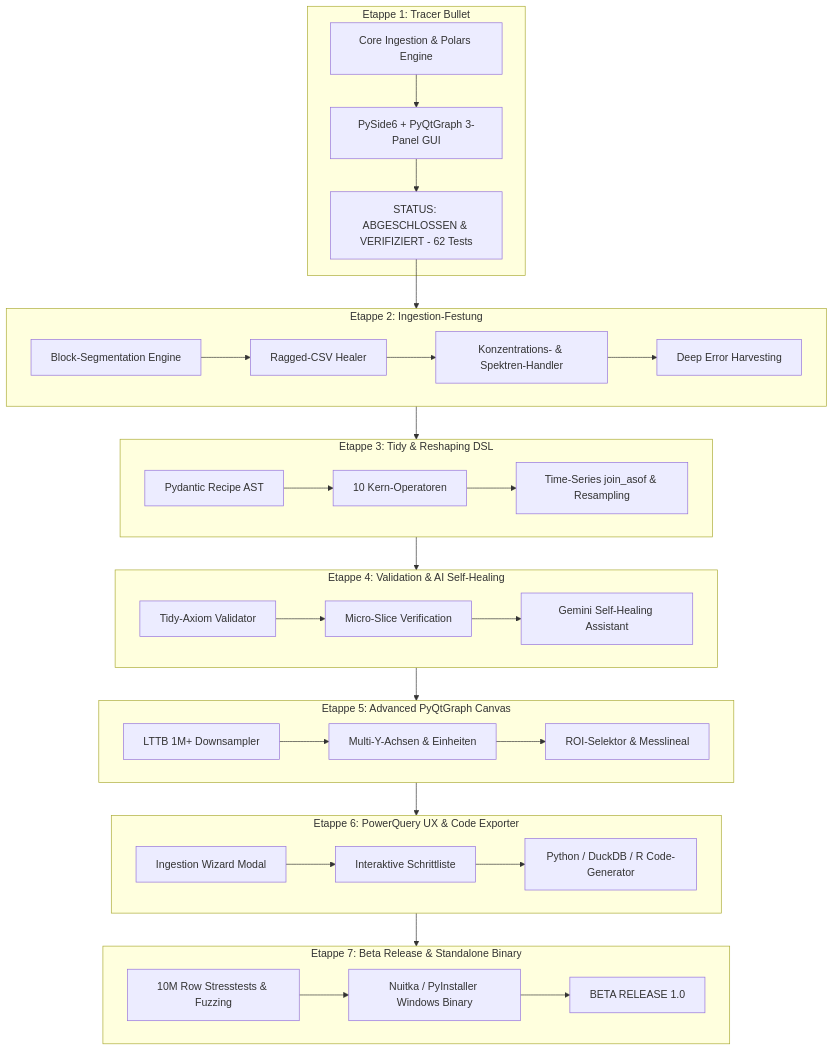
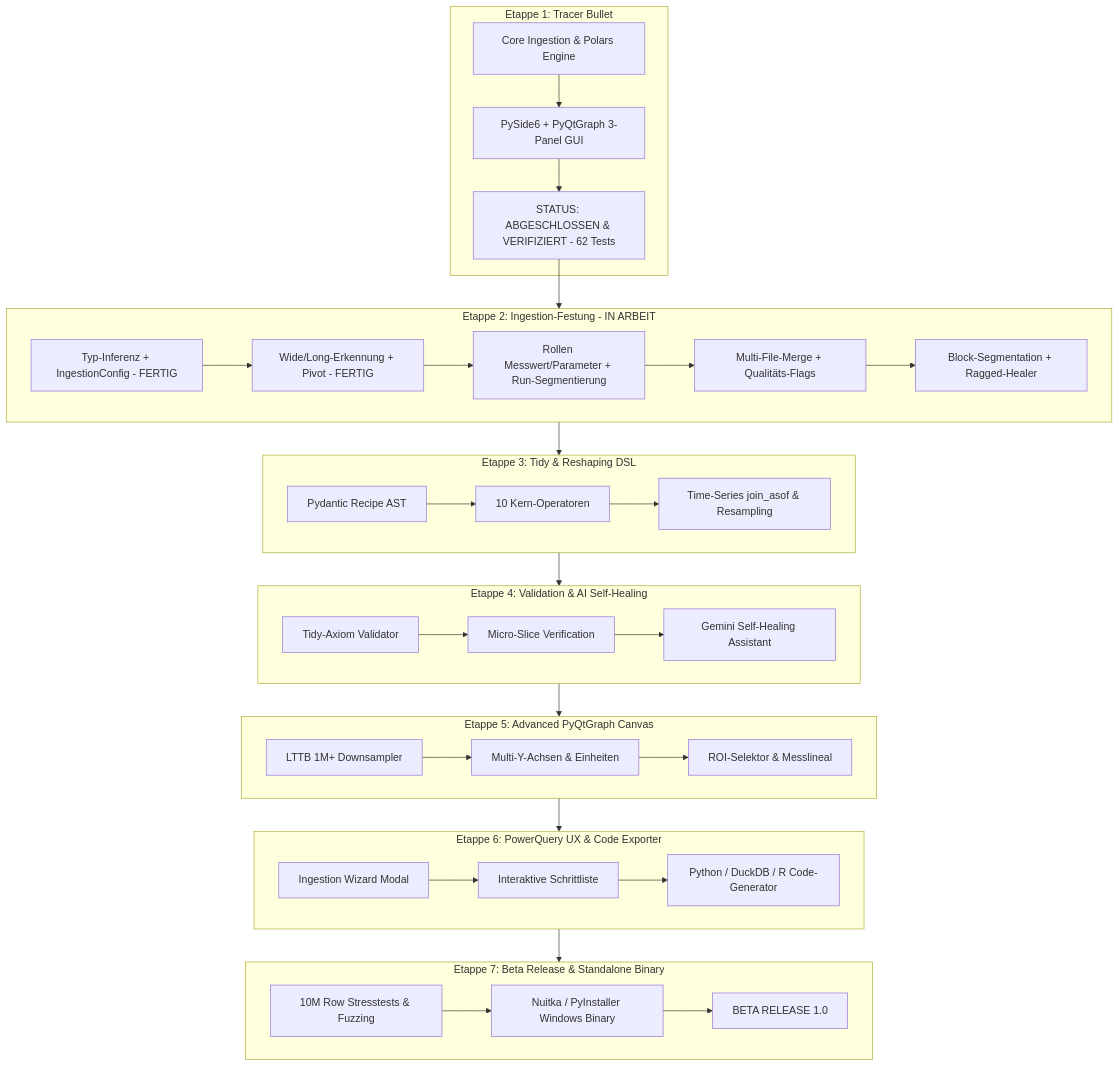
The diagram in docs/MASTER_ETAPPEN_PLAN.md (SeTi100/Datualizer), drawn with Mermaid before and after one commit. The commit also changed other lines of this file and 4 other files, not shown here.

````diff
--- a/docs/MASTER_ETAPPEN_PLAN.md
+++ b/docs/MASTER_ETAPPEN_PLAN.md
@@ -23,45 +23,46 @@
 ```mermaid
 flowchart TD
     subgraph E1 [Etappe 1: Tracer Bullet]
         E1_Core[Core Ingestion & Polars Engine] --> E1_GUI[PySide6 + PyQtGraph 3-Panel GUI]
         E1_GUI --> E1_Done[STATUS: ABGESCHLOSSEN & VERIFIZIERT - 62 Tests]
     end
 
-    subgraph E2 [Etappe 2: Ingestion-Festung]
-        E2_Block[Block-Segmentation Engine] --> E2_Ragged[Ragged-CSV Healer]
-        E2_Ragged --> E2_Conc[Konzentrations- & Spektren-Handler]
-        E2_Conc --> E2_Audit[Deep Error Harvesting]
+    subgraph E2 [Etappe 2: Ingestion-Festung - IN ARBEIT]
+        E2_Type[Typ-Inferenz + IngestionConfig - FERTIG] --> E2_Long[Wide/Long-Erkennung + Pivot - FERTIG]
+        E2_Long --> E2_Role[Rollen Messwert/Parameter + Run-Segmentierung]
+        E2_Role --> E2_Merge[Multi-File-Merge + Qualitäts-Flags]
+        E2_Merge --> E2_Block[Block-Segmentation + Ragged-Healer]
     end
 
     subgraph E3 [Etappe 3: Tidy & Reshaping DSL]
         E3_AST[Pydantic Recipe AST] --> E3_Ops[10 Kern-Operatoren]
         E3_Ops --> E3_Time[Time-Series join_asof & Resampling]
     end
 
     subgraph E4 [Etappe 4: Validation & AI Self-Healing]
         E4_Axiom[Tidy-Axiom Validator] --> E4_Slice[Micro-Slice Verification]
         E4_Slice --> E4_LLM[Gemini Self-Healing Assistant]
     end
 
     subgraph E5 [Etappe 5: Advanced PyQtGraph Canvas]
         E5_LTTB[LTTB 1M+ Downsampler] --> E5_Axes[Multi-Y-Achsen & Einheiten]
         E5_Axes --> E5_Tools[ROI-Selektor & Messlineal]
     end
 
     subgraph E6 [Etappe 6: PowerQuery UX & Code Exporter]
         E6_Wiz[Ingestion Wizard Modal] --> E6_Hist[Interaktive Schrittliste]
         E6_Hist --> E6_Export[Python / DuckDB / R Code-Generator]
     end
 
     subgraph E7 [Etappe 7: Beta Release & Standalone Binary]
         E7_Bench[10M Row Stresstests & Fuzzing] --> E7_Pack[Nuitka / PyInstaller Windows Binary]
         E7_Pack --> E7_Release[BETA RELEASE 1.0]
     end
 
     E1_Done --> E2
     E2 --> E3
     E3 --> E4
     E4 --> E5
     E5 --> E6
     E6 --> E7
 ```
````
